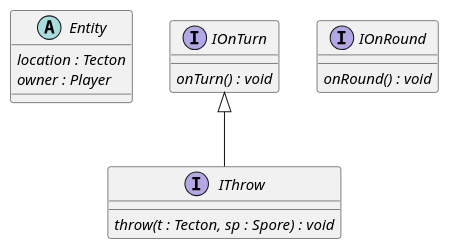
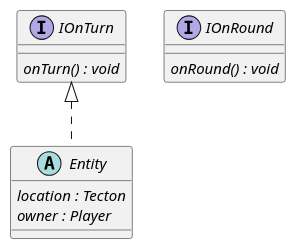
Before and after one commit to Petya-G/fungorium: the diagram in 4/classes/core/core.puml, drawn with PlantUML. The commit also changed 18 other files, not shown here.

```diff
--- a/4/classes/core/core.puml
+++ b/4/classes/core/core.puml
@@ -1,20 +1,16 @@
 @startuml core
-
-abstract class Entity{
-    {abstract} location : Tecton
-    {abstract} owner : Player
-}
-
-interface IThrow implements IOnTurn{
-    {abstract} throw(t : Tecton, sp : Spore) : void
-}
 
 interface IOnTurn{
     {abstract} onTurn() : void
 }
 
 interface IOnRound{
     {abstract} onRound() : void
 }
 
+abstract class Entity implements IOnTurn{
+    {abstract} location : Tecton
+    {abstract} owner : Player
+}
+
 @enduml
```
